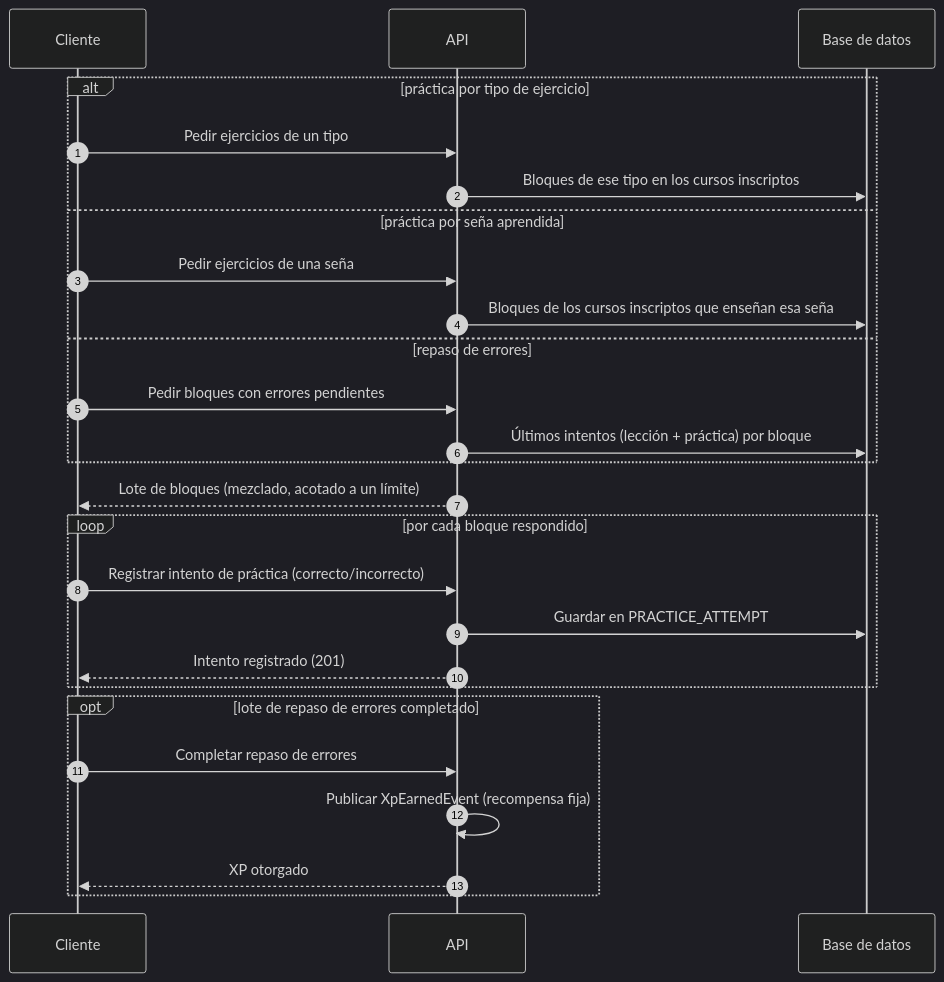
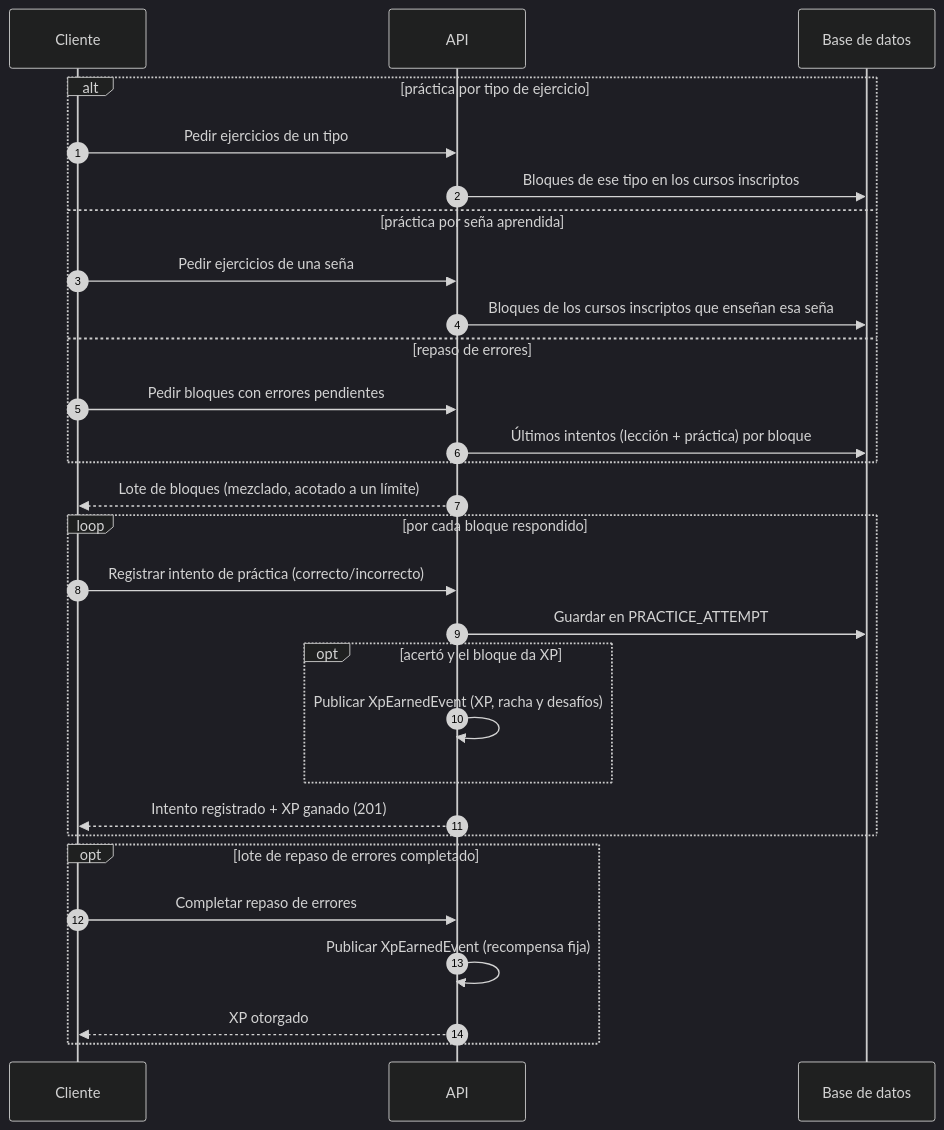
Before and after one commit to signasource/signa-api: diagram 16 of 32 in docs/diagrams/sequence.md, drawn with Mermaid (dark theme). The commit also changed other lines of this file and 4 other files, not shown here.

First line of the commit message:
docs: sync CLAUDE.md, README and diagrams with the current code

````diff
--- a/docs/diagrams/sequence.md
+++ b/docs/diagrams/sequence.md
@@ -434,31 +469,34 @@
 ```mermaid
 sequenceDiagram
     autonumber
     participant C as Cliente
     participant API as API
     participant DB as Base de datos
 
     alt práctica por tipo de ejercicio
         C->>API: Pedir ejercicios de un tipo
         API->>DB: Bloques de ese tipo en los cursos inscriptos
     else práctica por seña aprendida
         C->>API: Pedir ejercicios de una seña
         API->>DB: Bloques de los cursos inscriptos que enseñan esa seña
     else repaso de errores
         C->>API: Pedir bloques con errores pendientes
         API->>DB: Últimos intentos (lección + práctica) por bloque
     end
     API-->>C: Lote de bloques (mezclado, acotado a un límite)
 
     loop por cada bloque respondido
         C->>API: Registrar intento de práctica (correcto/incorrecto)
         API->>DB: Guardar en PRACTICE_ATTEMPT
-        API-->>C: Intento registrado (201)
+        opt acertó y el bloque da XP
+            API->>API: Publicar XpEarnedEvent (XP, racha y desafíos)
+        end
+        API-->>C: Intento registrado + XP ganado (201)
     end
 
     opt lote de repaso de errores completado
         C->>API: Completar repaso de errores
         API->>API: Publicar XpEarnedEvent (recompensa fija)
         API-->>C: XP otorgado
     end
 ```
````
